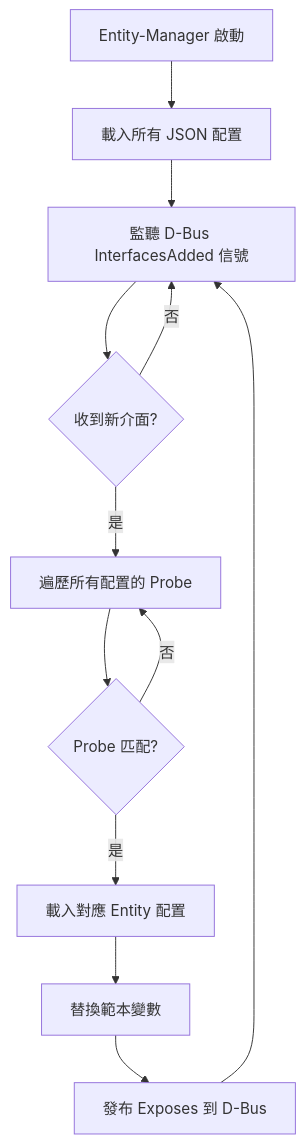
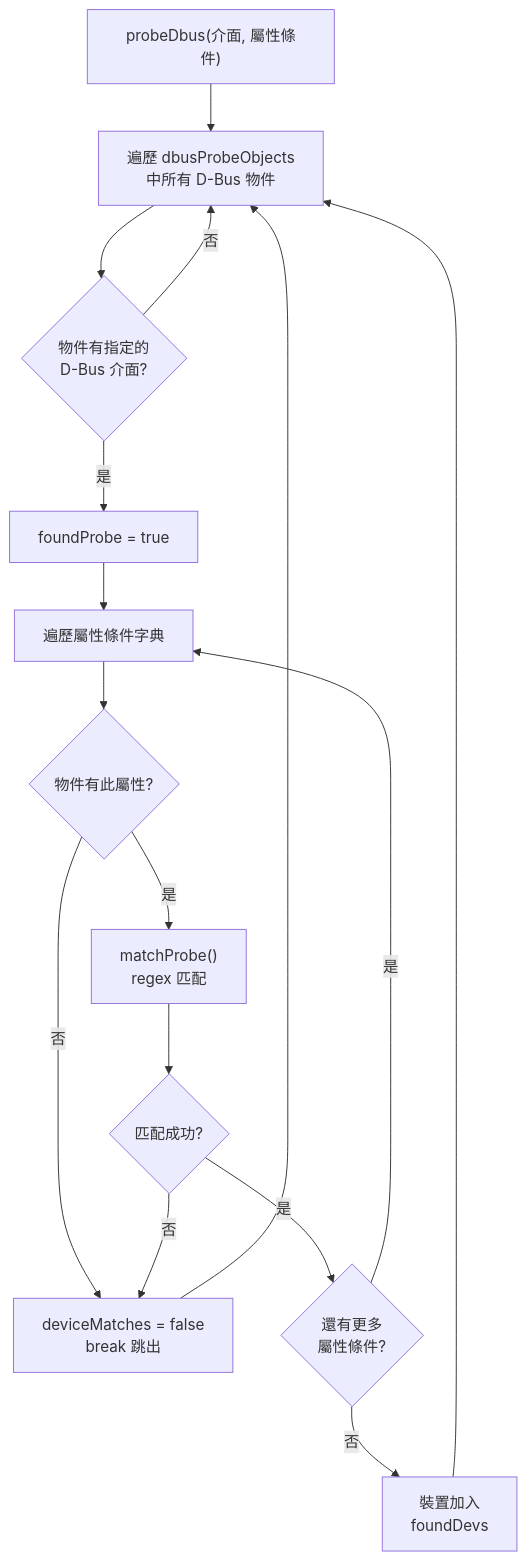
The second of 2 diagrams in entity-manager/ProbeSyntax.md (chilung-cgu/bmc-firmware-knowledge-base), drawn with Mermaid before and after one commit. The commit also changed other lines of this file and 12 other files, not shown here.

First line of the commit message:
docs(entity-manager): 最佳化與重構文件結構

````diff
--- a/entity-manager/ProbeSyntax.md
+++ b/entity-manager/ProbeSyntax.md
@@ -162,14 +351,18 @@
 ```mermaid
 flowchart TD
-    A[Entity-Manager 啟動] --> B[載入所有 JSON 配置]
-    B --> C[監聽 D-Bus InterfacesAdded 信號]
-    C --> D{收到新介面?}
-    D -->|是| E[遍歷所有配置的 Probe]
-    D -->|否| C
-    E --> F{Probe 匹配?}
-    F -->|是| G[載入對應 Entity 配置]
-    F -->|否| E
-    G --> H[替換範本變數]
-    H --> I[發布 Exposes 到 D-Bus]
-    I --> C
+    A["probeDbus(介面, 屬性條件)"] --> B["遍歷 dbusProbeObjects<br/>中所有 D-Bus 物件"]
+    B --> C{"物件有指定的<br/>D-Bus 介面?"}
+    C -->|"否"| B
+    C -->|"是"| D["foundProbe = true"]
+    D --> E["遍歷屬性條件字典"]
+    E --> F{"物件有此屬性?"}
+    F -->|"否"| G["deviceMatches = false<br/>break 跳出"]
+    F -->|"是"| H["matchProbe()<br/>regex 匹配"]
+    H --> I{"匹配成功?"}
+    I -->|"否"| G
+    I -->|"是"| J{"還有更多<br/>屬性條件?"}
+    J -->|"是"| E
+    J -->|"否"| K["裝置加入<br/>foundDevs"]
+    G --> B
+    K --> B
 ```
````
